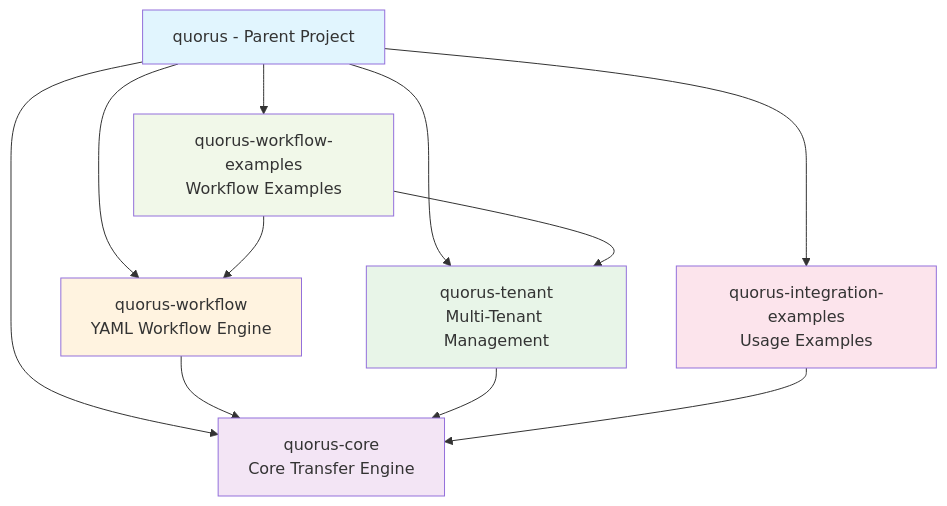
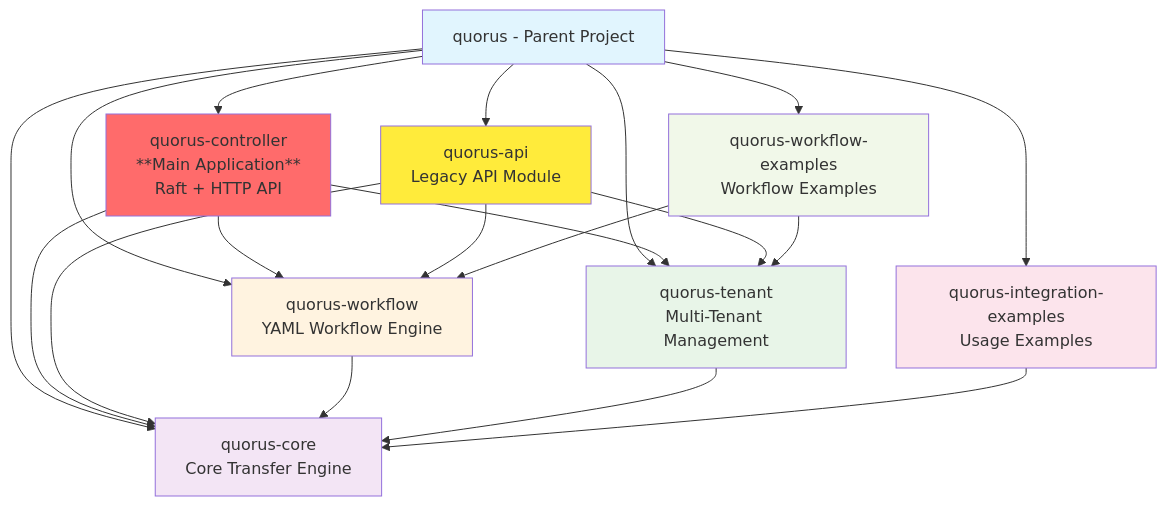
The second of 15 diagrams in docs/quorus-comprehensive-system-design.md (mraysmit/quorus), drawn with Mermaid before and after one commit. The commit also changed other lines of this file and 40 other files, not shown here.

````diff
--- a/docs/quorus-comprehensive-system-design.md
+++ b/docs/quorus-comprehensive-system-design.md
@@ -100,23 +126,33 @@
 ```mermaid
 graph TD
     QP[quorus - Parent Project]
 
+    QP --> QCT[quorus-controller<br/>**Main Application**<br/>Raft + HTTP API]
     QP --> QC[quorus-core<br/>Core Transfer Engine]
     QP --> QT[quorus-tenant<br/>Multi-Tenant Management]
     QP --> QW[quorus-workflow<br/>YAML Workflow Engine]
+    QP --> QA[quorus-api<br/>Legacy API Module]
     QP --> QIE[quorus-integration-examples<br/>Usage Examples]
     QP --> QWE[quorus-workflow-examples<br/>Workflow Examples]
 
+    QCT --> QC
+    QCT --> QT
+    QCT --> QW
+    QA --> QC
+    QA --> QT
+    QA --> QW
     QW --> QC
     QT --> QC
     QIE --> QC
     QWE --> QW
     QWE --> QT
 
     style QP fill:#e1f5fe
+    style QCT fill:#ff6b6b
     style QC fill:#f3e5f5
     style QT fill:#e8f5e8
     style QW fill:#fff3e0
+    style QA fill:#ffeb3b
     style QIE fill:#fce4ec
     style QWE fill:#f1f8e9
 ```
````
